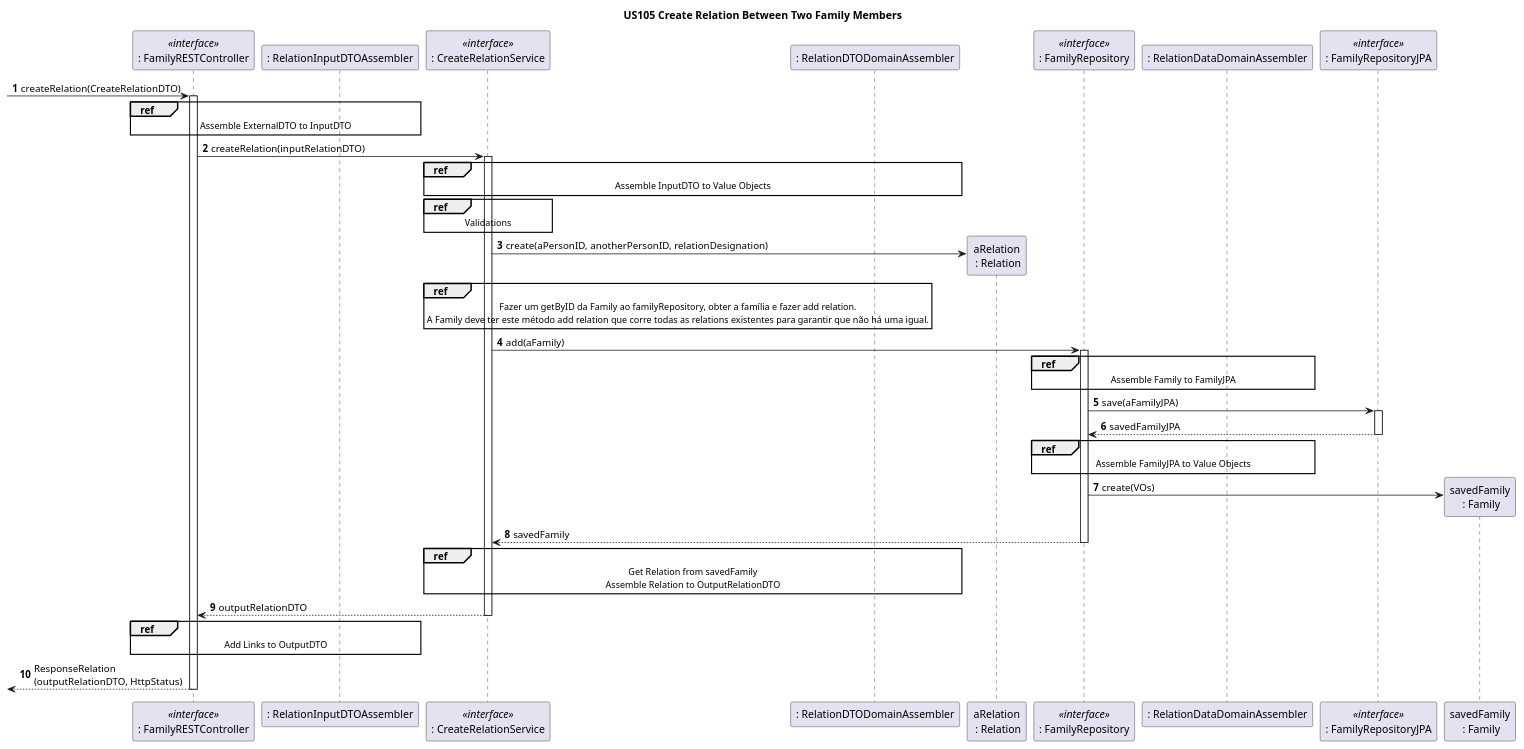
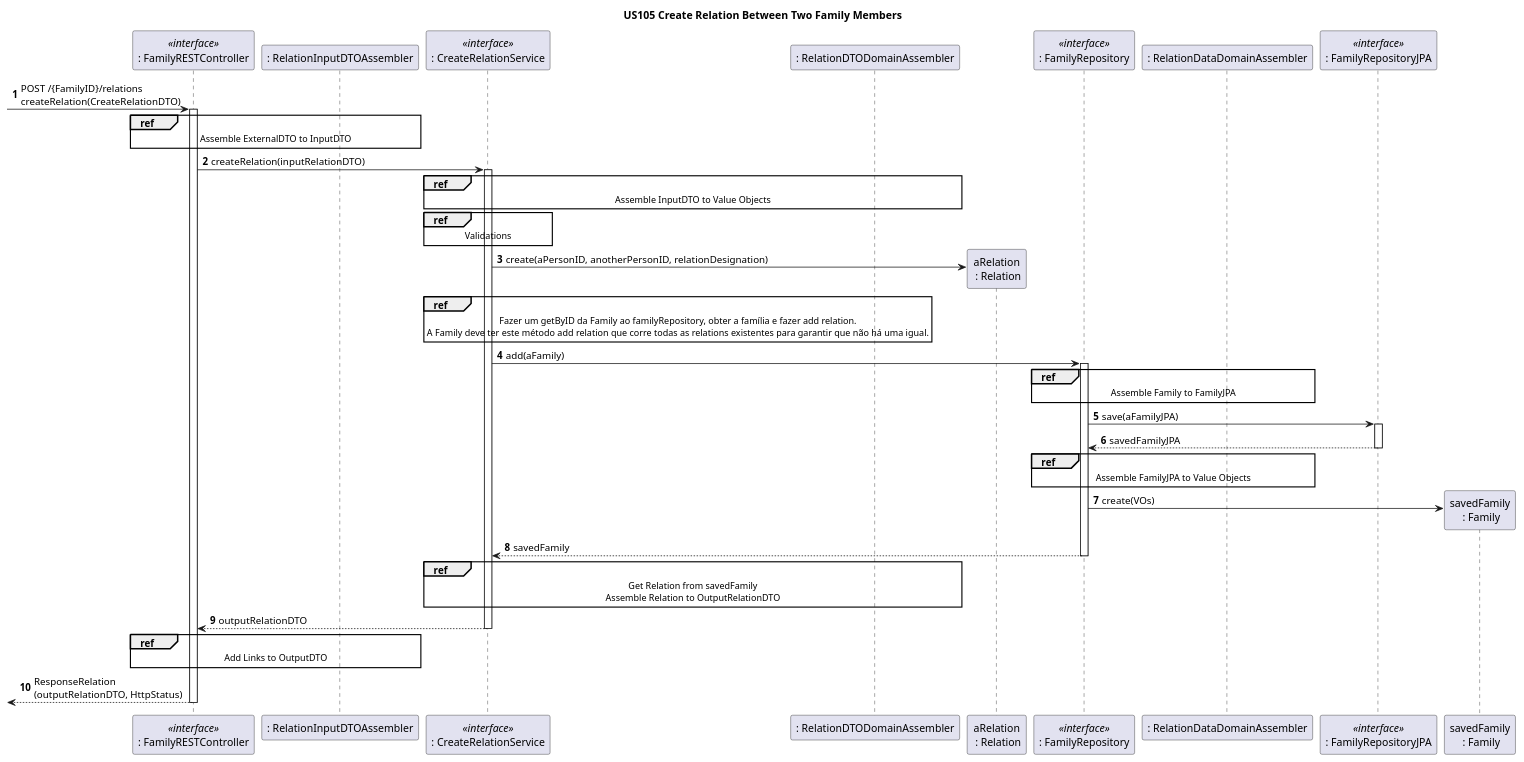
The fourth of 5 diagrams in docs/sprint6/user_stories/US105_CreateRelation.md (tomas-osswald/switch_2020_g3), drawn with PlantUML before and after one commit. The commit also changed 15 other files, not shown here.

`````diff
--- a/docs/sprint6/user_stories/US105_CreateRelation.md
+++ b/docs/sprint6/user_stories/US105_CreateRelation.md
@@ -292,75 +292,75 @@
 ````puml
 @startuml
 title US105 Create Relation Between Two Family Members
 
 autonumber
 
 participant ": FamilyRESTController" as controller <<interface>>
 participant ": RelationInputDTOAssembler" as inputDto
 participant ": CreateRelationService" as service <<interface>>
 participant ": RelationDTODomainAssembler" as dtoDomain
 participant "aRelation\n : Relation" as relation
 participant ": FamilyRepository" as repository <<interface>>
 participant ": RelationDataDomainAssembler" as dataDomain
 participant ": FamilyRepositoryJPA" as repositoryJPA <<interface>>
 participant "savedFamily\n : Family" as savedFamily
 
 
--> controller : createRelation(CreateRelationDTO)
+-> controller : POST /{FamilyID}/relations \ncreateRelation(CreateRelationDTO)
 activate controller
 
 ref over controller, inputDto
 Assemble ExternalDTO to InputDTO
 end
 
 controller -> service : createRelation(inputRelationDTO)
 activate service
 
 ref over service, dtoDomain
 Assemble InputDTO to Value Objects
 end
 
 ref over service
 Validations
 end
 service -> relation ** : create(aPersonID, anotherPersonID, relationDesignation)
 
 ref over service
 Fazer um getByID da Family ao familyRepository, obter a família e fazer add relation.
 A Family deve ter este método add relation que corre todas as relations existentes para garantir que não há uma igual.
 end
 
 service -> repository : add(aFamily)
 activate repository
 
 ref over repository, dataDomain
 Assemble Family to FamilyJPA
 end
 
 repository -> repositoryJPA : save(aFamilyJPA)
 activate repositoryJPA
 return savedFamilyJPA
 
 ref over repository, dataDomain
 Assemble FamilyJPA to Value Objects
 end
 
 repository -> savedFamily ** : create(VOs)
 
 return savedFamily
 
 ref over service, dtoDomain
 Get Relation from savedFamily
 Assemble Relation to OutputRelationDTO
 end
 
 return outputRelationDTO
 
 ref over controller, inputDto
 Add Links to OutputDTO
 end
 
 return ResponseRelation\n(outputRelationDTO, HttpStatus)
 
 @enduml
 ````
`````
